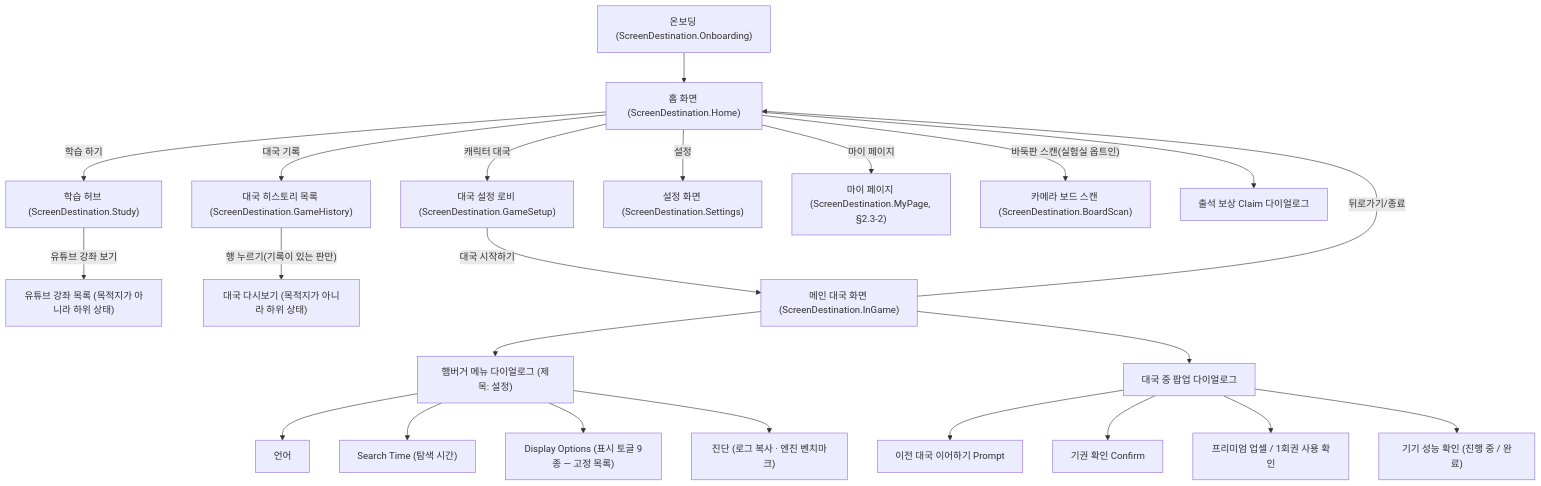
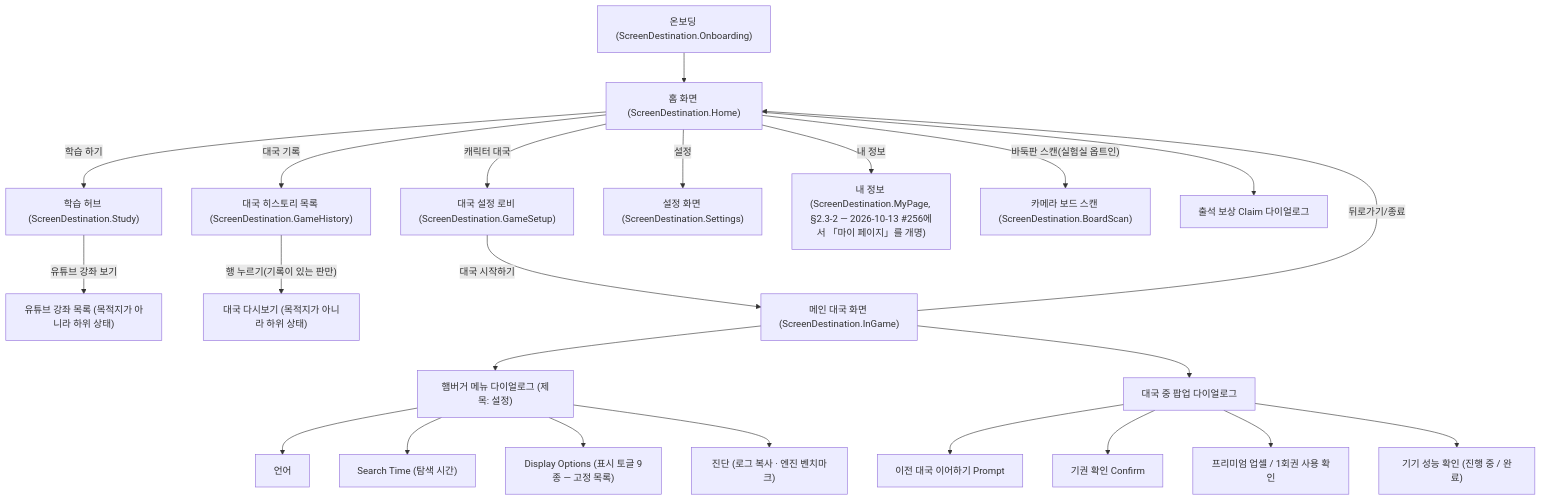
One commit to flitsky/go-ai-coach-app changed the diagram in docs/spec/APP_IA_AND_UI_SPEC.md. Above: the diagram before and after it, drawn with Mermaid. The commit also changed other lines of this file and 1 other file, not shown here.

Commit message:
docs: #256 implemented (settings sections, my info), standing answers for settings scope and my info name

````diff
--- a/docs/spec/APP_IA_AND_UI_SPEC.md
+++ b/docs/spec/APP_IA_AND_UI_SPEC.md
@@ -20,27 +20,27 @@
 ```mermaid
 graph TD
     O["온보딩 (ScreenDestination.Onboarding)"] --> A
     A["홈 화면 (ScreenDestination.Home)"] -->|"캐릭터 대국"| B["대국 설정 로비 (ScreenDestination.GameSetup)"]
     A -->|"학습 하기"| F["학습 허브 (ScreenDestination.Study)"]
     F -->|"유튜브 강좌 보기"| F1["유튜브 강좌 목록 (목적지가 아니라 하위 상태)"]
     A -->|"대국 기록"| G["대국 히스토리 목록 (ScreenDestination.GameHistory)"]
     G -->|"행 누르기(기록이 있는 판만)"| G1["대국 다시보기 (목적지가 아니라 하위 상태)"]
     A -->|"설정"| S["설정 화면 (ScreenDestination.Settings)"]
-    A -->|"마이 페이지"| M["마이 페이지 (ScreenDestination.MyPage, §2.3-2)"]
+    A -->|"내 정보"| M["내 정보 (ScreenDestination.MyPage, §2.3-2 — 2026-10-13 #256에서 「마이 페이지」를 개명)"]
     A -->|"바둑판 스캔(실험실 옵트인)"| BS["카메라 보드 스캔 (ScreenDestination.BoardScan)"]
     B -->|"대국 시작하기"| C["메인 대국 화면 (ScreenDestination.InGame)"]
     C -->|"뒤로가기/종료"| A
 
     C --> D["햄버거 메뉴 다이얼로그 (제목: 설정)"]
     D --> D1["언어"]
     D --> D2["Search Time (탐색 시간)"]
     D --> D3["Display Options (표시 토글 9종 — 고정 목록)"]
     D --> D4["진단 (로그 복사 · 엔진 벤치마크)"]
 
     A --> P["출석 보상 Claim 다이얼로그"]
     C --> E["대국 중 팝업 다이얼로그"]
     E --> E1["이전 대국 이어하기 Prompt"]
     E --> E2["기권 확인 Confirm"]
     E --> E3["프리미엄 업셀 / 1회권 사용 확인"]
     E --> E4["기기 성능 확인 (진행 중 / 완료)"]
 ```
````
